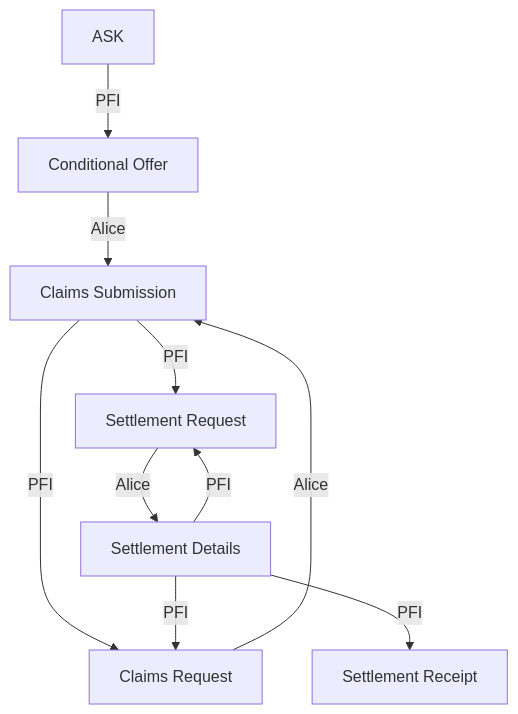
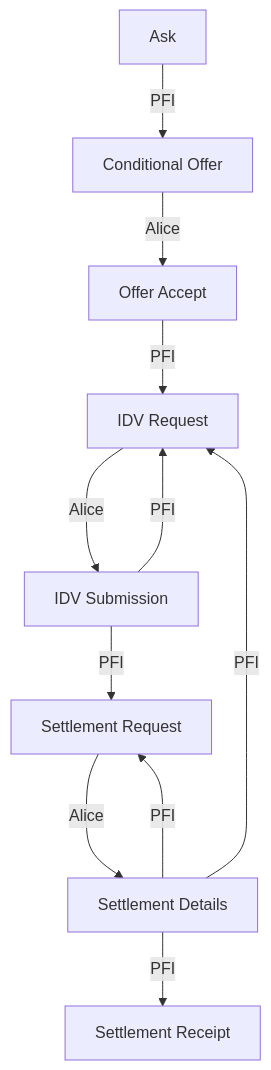
Before and after one commit to TBD54566975/open-source-programs: the diagram in tbdex-messages/README.md, drawn with Mermaid. The commit also changed other lines of this file and 5 other files, not shown here.

````diff
--- a/tbdex-messages/README.md
+++ b/tbdex-messages/README.md
@@ -10,12 +104,13 @@
 ```mermaid
 flowchart TD
-    ASK --> |PFI| COND_OFFER[Conditional Offer]
-    COND_OFFER --> |Alice| CLAIM_SUB[Claims Submission]
-    CLAIM_REQ --> |Alice| CLAIM_SUB
-    CLAIM_SUB --> |PFI| CLAIM_REQ[Claims Request]
-    CLAIM_SUB --> |PFI| SETTL_REQ[Settlement Request]
+    Ask --> |PFI| COND_OFFER[Conditional Offer]
+    COND_OFFER --> |Alice| OFFER_ACCEPT[Offer Accept]
+    OFFER_ACCEPT --> |PFI| IDV_REQ[IDV Request]
+    IDV_REQ ---> |Alice| IDV_SUB[IDV Submission]
+    IDV_SUB --> |PFI| IDV_REQ
+    IDV_SUB --> |PFI| SETTL_REQ[Settlement Request]
     SETTL_REQ --> |Alice| SETTL_DETAIL[Settlement Details]
-    SETTL_DETAIL --> |PFI| CLAIM_REQ
-    SETTL_DETAIL --> |PFI| SETTL_REQ
+    SETTL_DETAIL --> |PFI| IDV_REQ
+    SETTL_DETAIL ---> |PFI| SETTL_REQ
     SETTL_DETAIL --> |PFI| SETTL_RECEIPT[Settlement Receipt]
 ```
````
